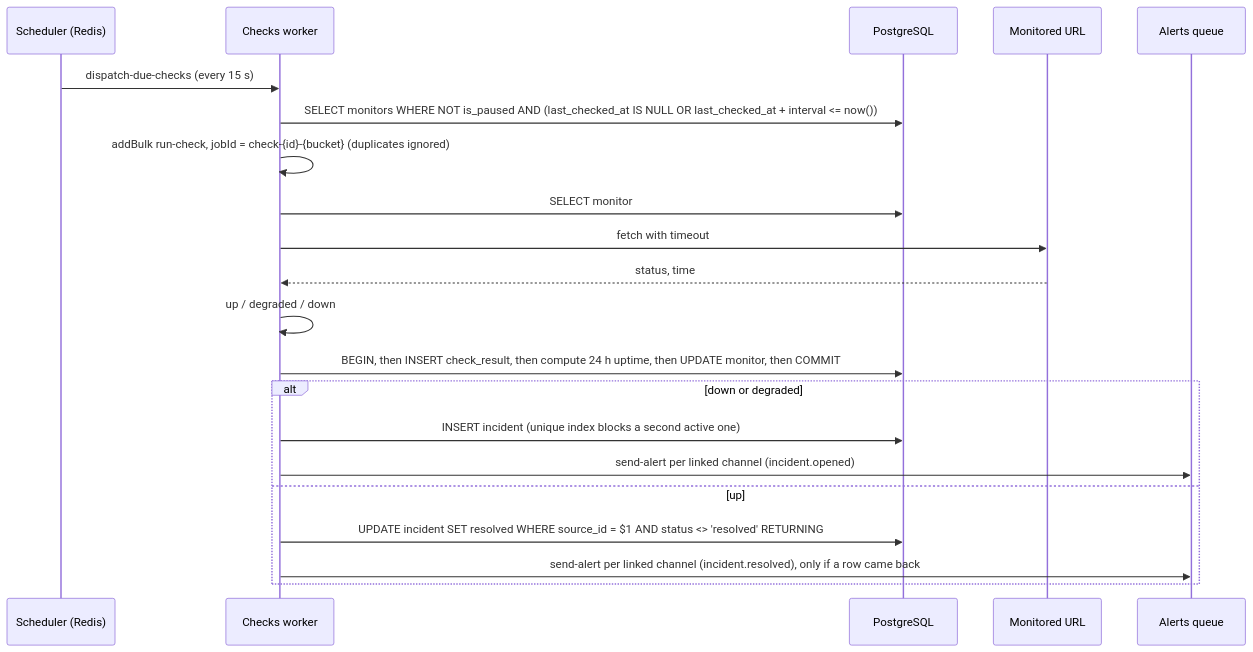
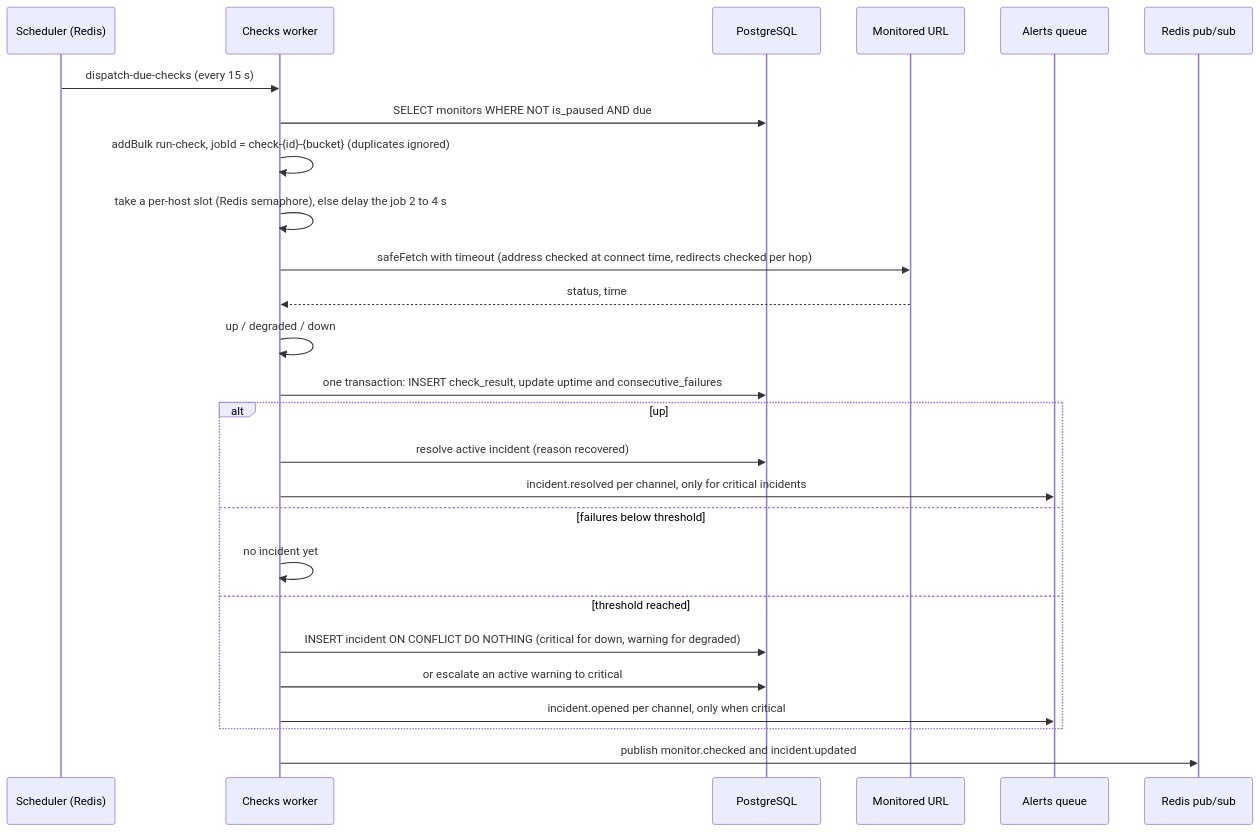
One commit to MohammadRaiyyan/pulse changed the seventh of 13 diagrams in docs/system-design.md. Above: the diagram before and after it, drawn with Mermaid. The commit also changed other lines of this file and 6 other files, not shown here.

````diff
--- a/docs/system-design.md
+++ b/docs/system-design.md
@@ -423,24 +483,29 @@
 ```mermaid
 sequenceDiagram
   participant SC as Scheduler (Redis)
   participant CW as Checks worker
   participant DB as PostgreSQL
   participant T as Monitored URL
   participant AQ as Alerts queue
+  participant PS as Redis pub/sub
 
   SC->>CW: dispatch-due-checks (every 15 s)
-  CW->>DB: SELECT monitors WHERE NOT is_paused AND (last_checked_at IS NULL OR last_checked_at + interval <= now())
+  CW->>DB: SELECT monitors WHERE NOT is_paused AND due
   CW->>CW: addBulk run-check, jobId = check-{id}-{bucket} (duplicates ignored)
-  CW->>DB: SELECT monitor
-  CW->>T: fetch with timeout
+  CW->>CW: take a per-host slot (Redis semaphore), else delay the job 2 to 4 s
+  CW->>T: safeFetch with timeout (address checked at connect time, redirects checked per hop)
   T-->>CW: status, time
   CW->>CW: up / degraded / down
-  CW->>DB: BEGIN, then INSERT check_result, then compute 24 h uptime, then UPDATE monitor, then COMMIT
-  alt down or degraded
-    CW->>DB: INSERT incident (unique index blocks a second active one)
-    CW->>AQ: send-alert per linked channel (incident.opened)
-  else up
-    CW->>DB: UPDATE incident SET resolved WHERE source_id = $1 AND status <> 'resolved' RETURNING
-    CW->>AQ: send-alert per linked channel (incident.resolved), only if a row came back
+  CW->>DB: one transaction: INSERT check_result, update uptime and consecutive_failures
+  alt up
+    CW->>DB: resolve active incident (reason recovered)
+    CW->>AQ: incident.resolved per channel, only for critical incidents
+  else failures below threshold
+    CW->>CW: no incident yet
+  else threshold reached
+    CW->>DB: INSERT incident ON CONFLICT DO NOTHING (critical for down, warning for degraded)
+    CW->>DB: or escalate an active warning to critical
+    CW->>AQ: incident.opened per channel, only when critical
   end
+  CW->>PS: publish monitor.checked and incident.updated
 ```
````
